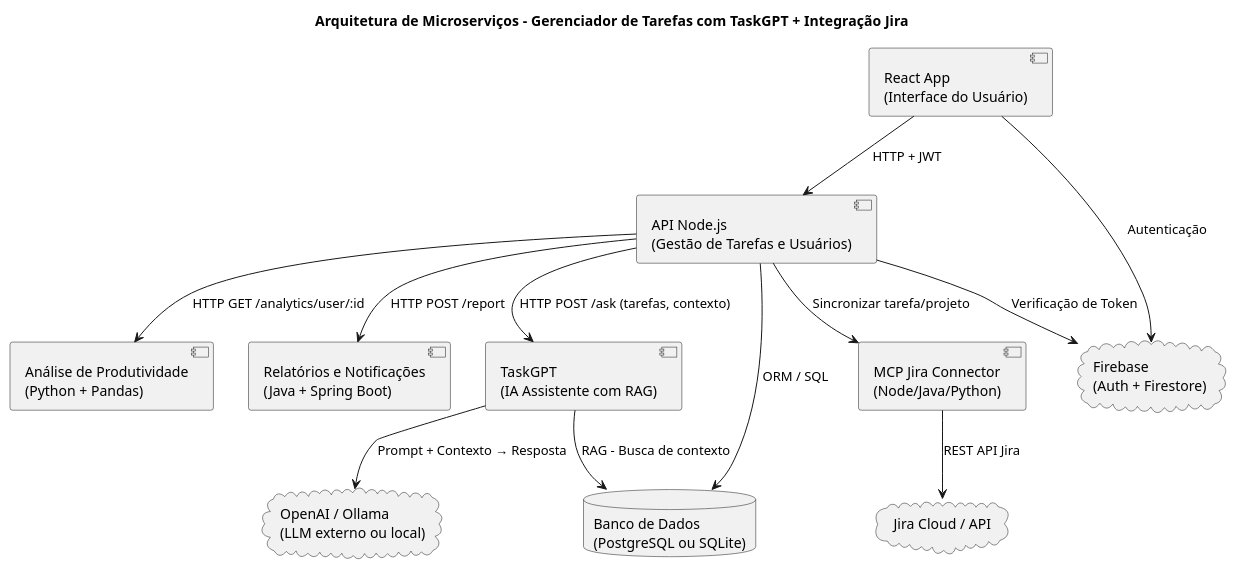
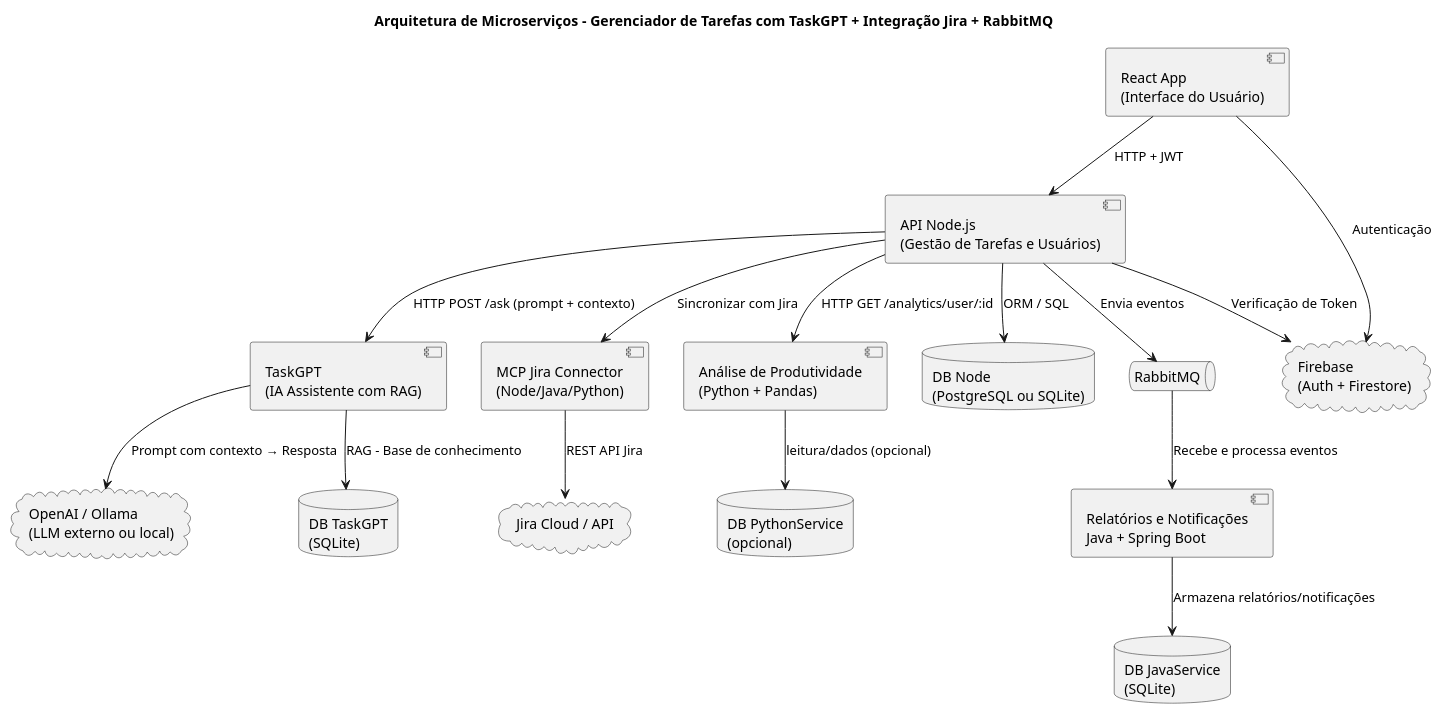
The diagram in doc/Diagram/evolutionv2.puml (leonardorsolar/challenge-task-management), drawn with PlantUML before and after one commit. The commit also changed 20 other files, not shown here.

```diff
--- a/doc/Diagram/evolutionv2.puml
+++ b/doc/Diagram/evolutionv2.puml
@@ -1,43 +1,54 @@
 @startuml
-title Arquitetura de Microserviços - Gerenciador de Tarefas com TaskGPT + Integração Jira
+title Arquitetura de Microserviços - Gerenciador de Tarefas com TaskGPT + Integração Jira + RabbitMQ
 
 '=== Frontend ===
 component "React App\n(Interface do Usuário)" as Frontend
 
 '=== Backend Principal ===
 component "API Node.js\n(Gestão de Tarefas e Usuários)" as NodeAPI
 
-'=== Microserviços Existentes ===
+'=== Microserviços ===
 component "Análise de Produtividade\n(Python + Pandas)" as PythonService
-component "Relatórios e Notificações\n(Java + Spring Boot)" as JavaService
+component "Relatórios e Notificações\nJava + Spring Boot" as JavaService
 
 '=== IA - TaskGPT ===
 component "TaskGPT\n(IA Assistente com RAG)" as TaskGPT
 cloud "OpenAI / Ollama\n(LLM externo ou local)" as LLM
 
 '=== Conector para Jira ===
 component "MCP Jira Connector\n(Node/Java/Python)" as JiraMCP
 cloud "Jira Cloud / API" as JiraCloud
 
 '=== Firebase ===
 cloud "Firebase\n(Auth + Firestore)" as Firebase
 
-'=== Banco de Dados ===
-database "Banco de Dados\n(PostgreSQL ou SQLite)" as DB
+'=== Bancos de Dados ===
+database "DB Node\n(PostgreSQL ou SQLite)" as DBNode
+database "DB TaskGPT\n(SQLite)" as DBTaskGPT
+database "DB JavaService\n(SQLite)" as DBJava
+database "DB PythonService\n(opcional)" as DBPython
+
+'=== Mensageria ===
+queue "RabbitMQ" as MQ
 
 '=== Relações ===
 Frontend --> Firebase : Autenticação
 Frontend --> NodeAPI : HTTP + JWT
 NodeAPI --> Firebase : Verificação de Token
-NodeAPI --> DB : ORM / SQL
+NodeAPI --> DBNode : ORM / SQL
+
 NodeAPI --> PythonService : HTTP GET /analytics/user/:id
-NodeAPI --> JavaService : HTTP POST /report
-NodeAPI --> TaskGPT : HTTP POST /ask (tarefas, contexto)
-TaskGPT --> DB : RAG - Busca de contexto
-TaskGPT --> LLM : Prompt + Contexto → Resposta
+PythonService --> DBPython : leitura/dados (opcional)
 
-'== Integração com Jira ==
-NodeAPI --> JiraMCP : Sincronizar tarefa/projeto
+NodeAPI --> MQ : Envia eventos
+MQ --> JavaService : Recebe e processa eventos
+JavaService --> DBJava : Armazena relatórios/notificações
+
+NodeAPI --> TaskGPT : HTTP POST /ask (prompt + contexto)
+TaskGPT --> DBTaskGPT : RAG - Base de conhecimento
+TaskGPT --> LLM : Prompt com contexto → Resposta
+
+NodeAPI --> JiraMCP : Sincronizar com Jira
 JiraMCP --> JiraCloud : REST API Jira
 
 @enduml
```
